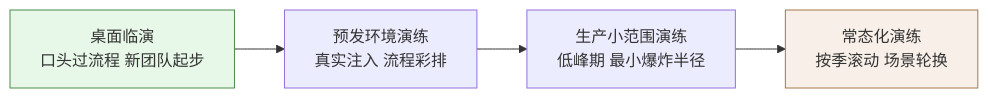
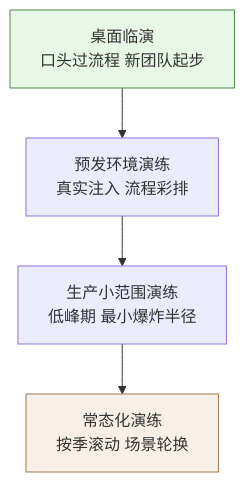
One commit to hub138/technical-knowledge changed the diagram in vault/工程知识/软件构建：让变化可以理解、验证与交付/测试与交付/故障演练把预案、工具与人串成可执行的响应链.md. Above: the diagram before and after it, drawn with Mermaid. The commit also changed other lines of this file and 622 other files, not shown here.

````diff
--- a/vault/工程知识/软件构建：让变化可以理解、验证与交付/测试与交付/故障演练把预案、工具与人串成可执行的响应链.md
+++ b/vault/工程知识/软件构建：让变化可以理解、验证与交付/测试与交付/故障演练把预案、工具与人串成可执行的响应链.md
@@ -114,9 +114,9 @@
 ```mermaid
-graph LR
+graph TD
   T["桌面临演<br/>口头过流程 新团队起步"] --> S["预发环境演练<br/>真实注入 流程彩排"]
   S --> P["生产小范围演练<br/>低峰期 最小爆炸半径"]
   P --> R["常态化演练<br/>按季滚动 场景轮换"]
 
   style T fill:#e8f8e8,stroke:#4a8b4a
   style R fill:#f8f0e8,stroke:#a4784a
 ```
````
